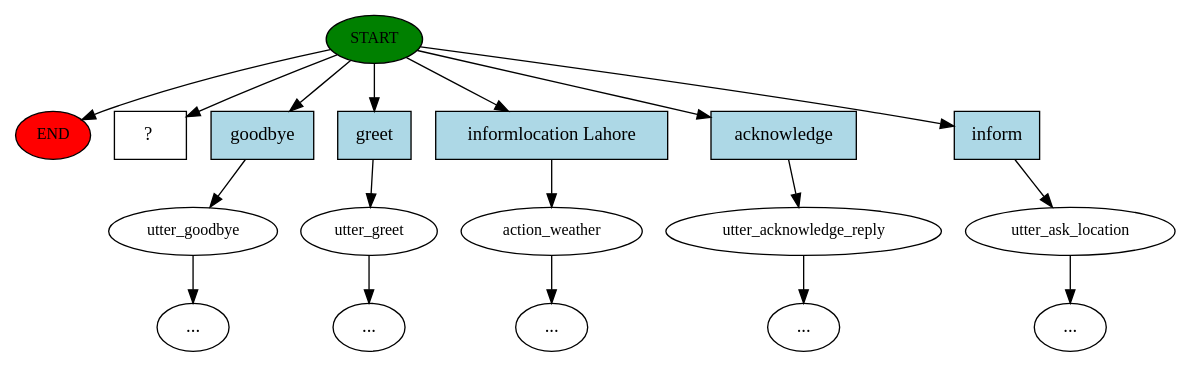
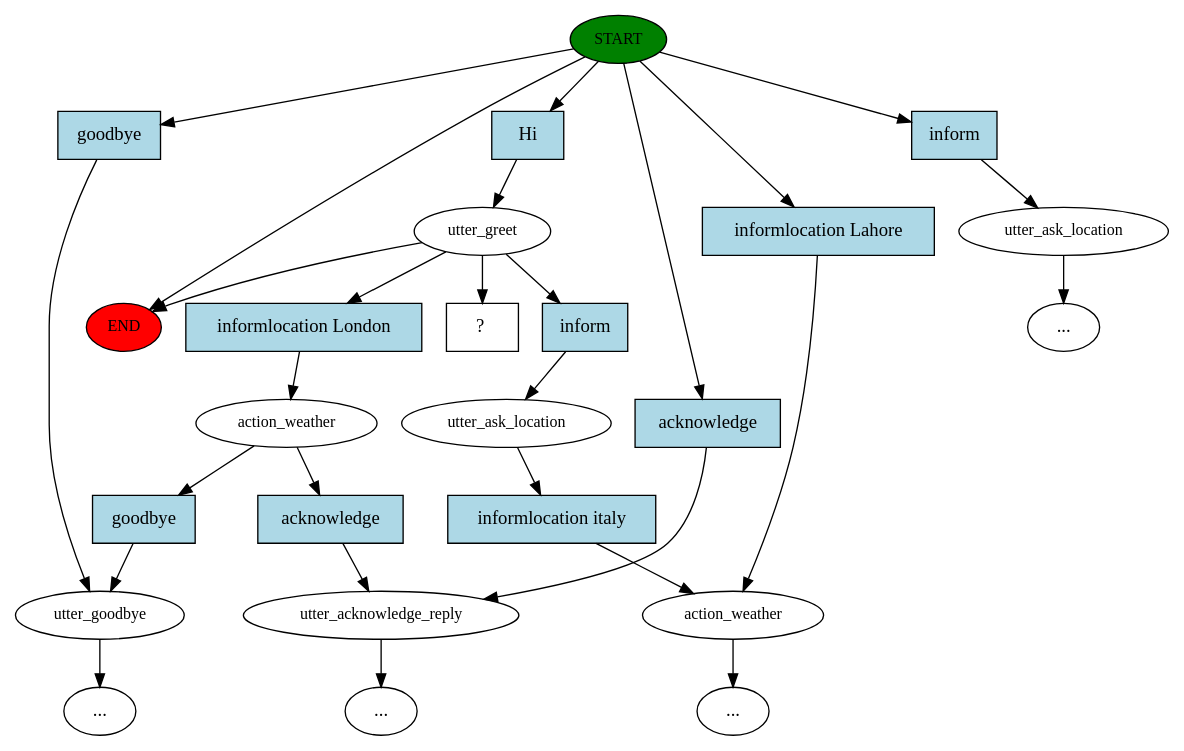
One commit to Nomiluks/weather-bot changed the diagram in story_graph.dot. Above: the diagram before and after it, drawn with Graphviz. The commit also changed 16 other files, not shown here.

```diff
--- a/story_graph.dot
+++ b/story_graph.dot
@@ -1,37 +1,53 @@
 digraph  {
 0 [class="start active", fillcolor=green, fontsize=12, label=START, style=filled];
 "-1" [class=end, fillcolor=red, fontsize=12, label=END, style=filled];
 1 [class="", fontsize=12, label=utter_goodbye];
-"-3" [class=ellipsis, label="..."];
-2 [class="", fontsize=12, label=utter_greet];
+2 [class=active, fontsize=12, label=utter_greet];
 3 [class="", fontsize=12, label=action_weather];
 4 [class="", fontsize=12, label=utter_acknowledge_reply];
+5 [class="", fontsize=12, label=utter_ask_location];
 "-6" [class=ellipsis, label="..."];
-5 [class="", fontsize=12, label=utter_ask_location];
-"-7" [class=ellipsis, label="..."];
+7 [class="", fontsize=12, label=utter_ask_location];
+10 [class="", fontsize=12, label=action_weather];
+"-8" [class=ellipsis, label="..."];
+"-10" [class=ellipsis, label="..."];
 "-11" [class=ellipsis, label="..."];
-"-12" [class=ellipsis, label="..."];
-11 [class="intent dashed active", label="  ?  ", shape=rect];
-12 [class=intent, fillcolor=lightblue, label=goodbye, shape=rect, style=filled];
-13 [class=intent, fillcolor=lightblue, label=greet, shape=rect, style=filled];
-14 [class=intent, fillcolor=lightblue, label="informlocation Lahore", shape=rect, style=filled];
-15 [class=intent, fillcolor=lightblue, label=acknowledge, shape=rect, style=filled];
-16 [class=intent, fillcolor=lightblue, label=inform, shape=rect, style=filled];
+20 [class="intent dashed active", label="  ?  ", shape=rect];
+21 [class=intent, fillcolor=lightblue, label=goodbye, shape=rect, style=filled];
+22 [class="intent active", fillcolor=lightblue, label=Hi, shape=rect, style=filled];
+23 [class=intent, fillcolor=lightblue, label="informlocation Lahore", shape=rect, style=filled];
+24 [class=intent, fillcolor=lightblue, label=acknowledge, shape=rect, style=filled];
+25 [class=intent, fillcolor=lightblue, label=inform, shape=rect, style=filled];
+26 [class=intent, fillcolor=lightblue, label=inform, shape=rect, style=filled];
+27 [class=intent, fillcolor=lightblue, label="informlocation London", shape=rect, style=filled];
+28 [class=intent, fillcolor=lightblue, label="informlocation italy", shape=rect, style=filled];
+29 [class=intent, fillcolor=lightblue, label=acknowledge, shape=rect, style=filled];
+30 [class=intent, fillcolor=lightblue, label=goodbye, shape=rect, style=filled];
 0 -> "-1"  [class="", key=NONE, label=""];
-0 -> 11  [class=active, key=NONE, label=""];
-0 -> 12  [class="", key=0];
-0 -> 13  [class="", key=0];
-0 -> 14  [class="", key=0];
-0 -> 15  [class="", key=0];
-0 -> 16  [class="", key=0];
-1 -> "-3"  [class="", key=NONE, label=""];
-2 -> "-11"  [class="", key=NONE, label=""];
-3 -> "-12"  [class="", key=NONE, label=""];
-4 -> "-6"  [class="", key=NONE, label=""];
-5 -> "-7"  [class="", key=NONE, label=""];
-12 -> 1  [class="", key=0];
-13 -> 2  [class="", key=0];
-14 -> 3  [class="", key=0];
-15 -> 4  [class="", key=0];
-16 -> 5  [class="", key=0];
+0 -> 21  [class="", key=0];
+0 -> 22  [class=active, key=0];
+0 -> 23  [class="", key=0];
+0 -> 24  [class="", key=0];
+0 -> 25  [class="", key=0];
+1 -> "-10"  [class="", key=NONE, label=""];
+2 -> "-1"  [class="", key=NONE, label=""];
+2 -> 20  [class=active, key=NONE, label=""];
+2 -> 26  [class="", key=0];
+2 -> 27  [class="", key=0];
+3 -> "-11"  [class="", key=NONE, label=""];
+4 -> "-8"  [class="", key=NONE, label=""];
+5 -> "-6"  [class="", key=NONE, label=""];
+7 -> 28  [class="", key=0];
+10 -> 29  [class="", key=0];
+10 -> 30  [class="", key=0];
+21 -> 1  [class="", key=0];
+22 -> 2  [class=active, key=0];
+23 -> 3  [class="", key=0];
+24 -> 4  [class="", key=0];
+25 -> 5  [class="", key=0];
+26 -> 7  [class="", key=0];
+27 -> 10  [class="", key=0];
+28 -> 3  [class="", key=0];
+29 -> 4  [class="", key=0];
+30 -> 1  [class="", key=0];
 }
```
